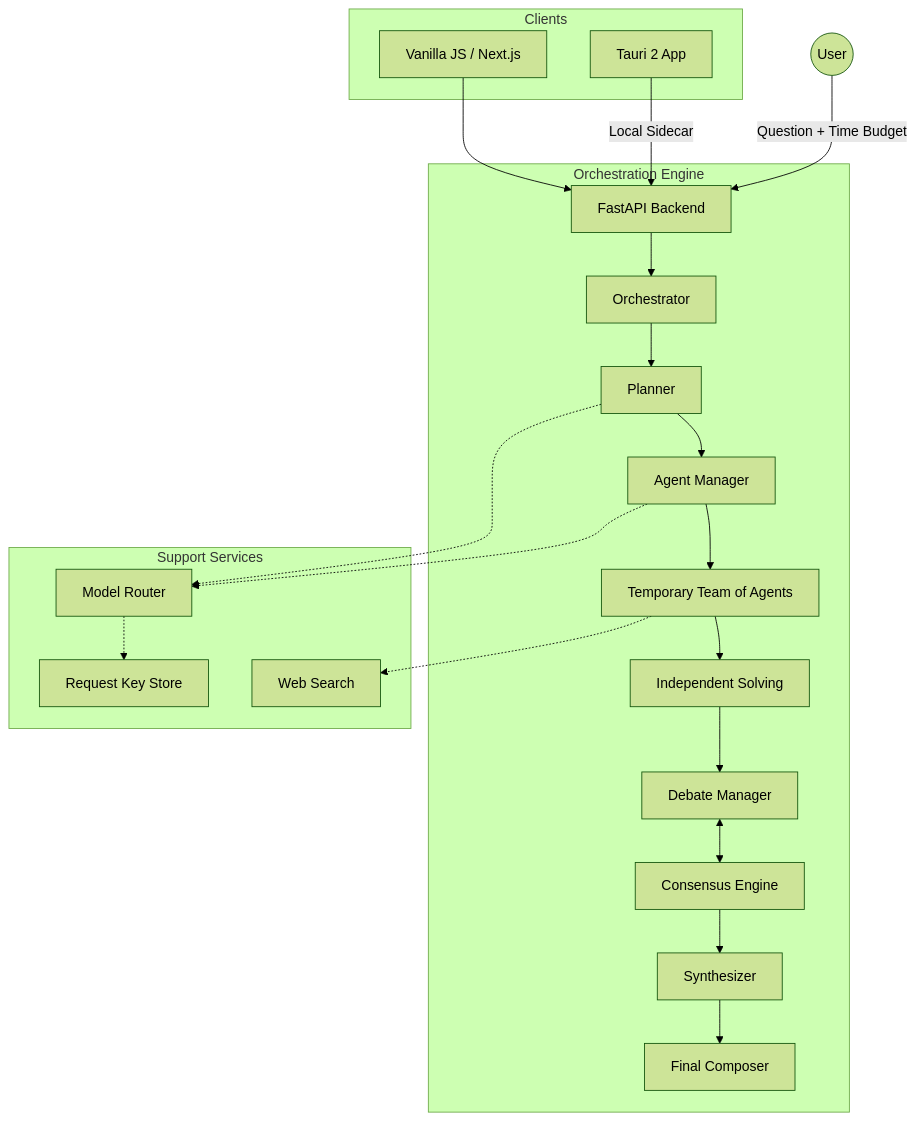
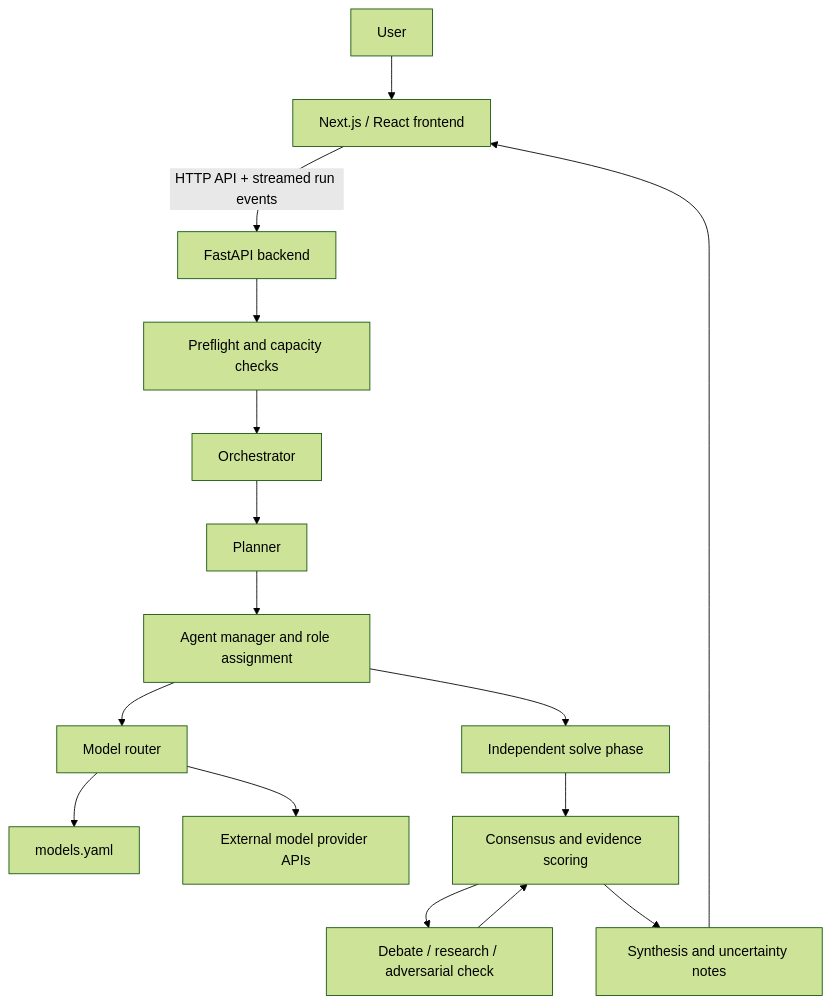
One commit to anubhab7105/Assembly changed the diagram in docs/architecture.md. Above: the diagram before and after it, drawn with Mermaid (forest theme). The commit also changed other lines of this file, not shown here.

Commit message:
docs: align architecture guide with current implementation

````diff
--- a/docs/architecture.md
+++ b/docs/architecture.md
@@ -7,36 +7,18 @@
 ```mermaid
-graph TD
-    %% Core Components
-    User((User)) --> |Question + Time Budget| Backend[FastAPI Backend]
-    
-    subgraph "Clients"
-        Web[Vanilla JS / Next.js]
-        Desktop[Tauri 2 App]
-    end
-    
-    Web --> Backend
-    Desktop --> |Local Sidecar| Backend
-
-    subgraph "Orchestration Engine"
-        Backend --> Orchestrator
-        Orchestrator --> Planner[Planner]
-        Planner --> AgentManager[Agent Manager]
-        AgentManager --> Agents[Temporary Team of Agents]
-        Agents --> IndependentSolve[Independent Solving]
-        IndependentSolve --> Debate[Debate Manager]
-        Debate <--> Consensus[Consensus Engine]
-        Consensus --> Synthesizer[Synthesizer]
-        Synthesizer --> Composer[Final Composer]
-    end
-    
-    subgraph "Support Services"
-        Router[Model Router]
-        WebResearch[Web Search]
-        KeyStore[Request Key Store]
-    end
-
-    Planner -.-> Router
-    AgentManager -.-> Router
-    Agents -.-> WebResearch
-    Router -.-> KeyStore
+flowchart TD
+    User[User] --> Frontend[Next.js / React frontend]
+    Frontend -->|HTTP API + streamed run events| API[FastAPI backend]
+    API --> Preflight[Preflight and capacity checks]
+    Preflight --> Orchestrator[Orchestrator]
+    Orchestrator --> Planner[Planner]
+    Planner --> Manager[Agent manager and role assignment]
+    Manager --> Router[Model router]
+    Router --> Config[models.yaml]
+    Router --> ModelAPIs[External model provider APIs]
+    Manager --> Solve[Independent solve phase]
+    Solve --> Consensus[Consensus and evidence scoring]
+    Consensus --> Debate[Debate / research / adversarial check]
+    Debate --> Consensus
+    Consensus --> Synthesis[Synthesis and uncertainty notes]
+    Synthesis --> Frontend
 ```
````
